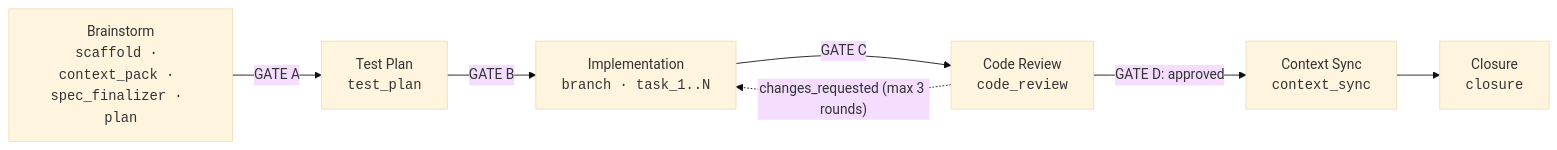
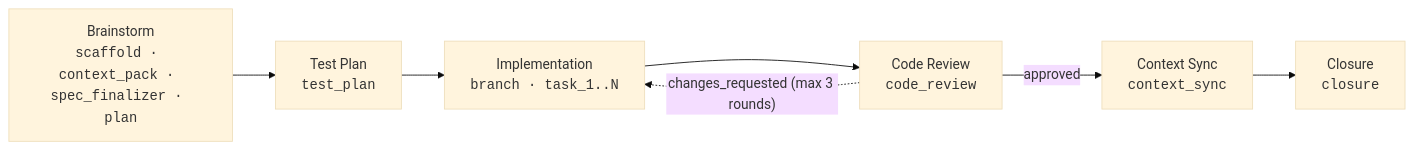
The diagram in site/concepts/pipeline.md (piyushbhargava1412/arcus-plugin), drawn with Mermaid (base theme) before and after one commit. The commit also changed other lines of this file and 20 other files, not shown here.

````diff
--- a/site/concepts/pipeline.md
+++ b/site/concepts/pipeline.md
@@ -45,10 +46,10 @@
 ```mermaid
 flowchart LR
   S1["Brainstorm<br/><code>scaffold · context_pack · spec_finalizer · plan</code>"]
-  S1 -->|"GATE A"| S2["Test Plan<br/><code>test_plan</code>"]
-  S2 -->|"GATE B"| S3["Implementation<br/><code>branch · task_1..N</code>"]
-  S3 -->|"GATE C"| S4["Code Review<br/><code>code_review</code>"]
-  S4 -->|"GATE D: approved"| S5["Context Sync<br/><code>context_sync</code>"]
+  S1 --> S2["Test Plan<br/><code>test_plan</code>"]
+  S2 --> S3["Implementation<br/><code>branch · task_1..N</code>"]
+  S3 --> S4["Code Review<br/><code>code_review</code>"]
+  S4 -->|"approved"| S5["Context Sync<br/><code>context_sync</code>"]
   S5 --> S6["Closure<br/><code>closure</code>"]
   S4 -. "changes_requested (max 3 rounds)" .-> S3
 ```
````
